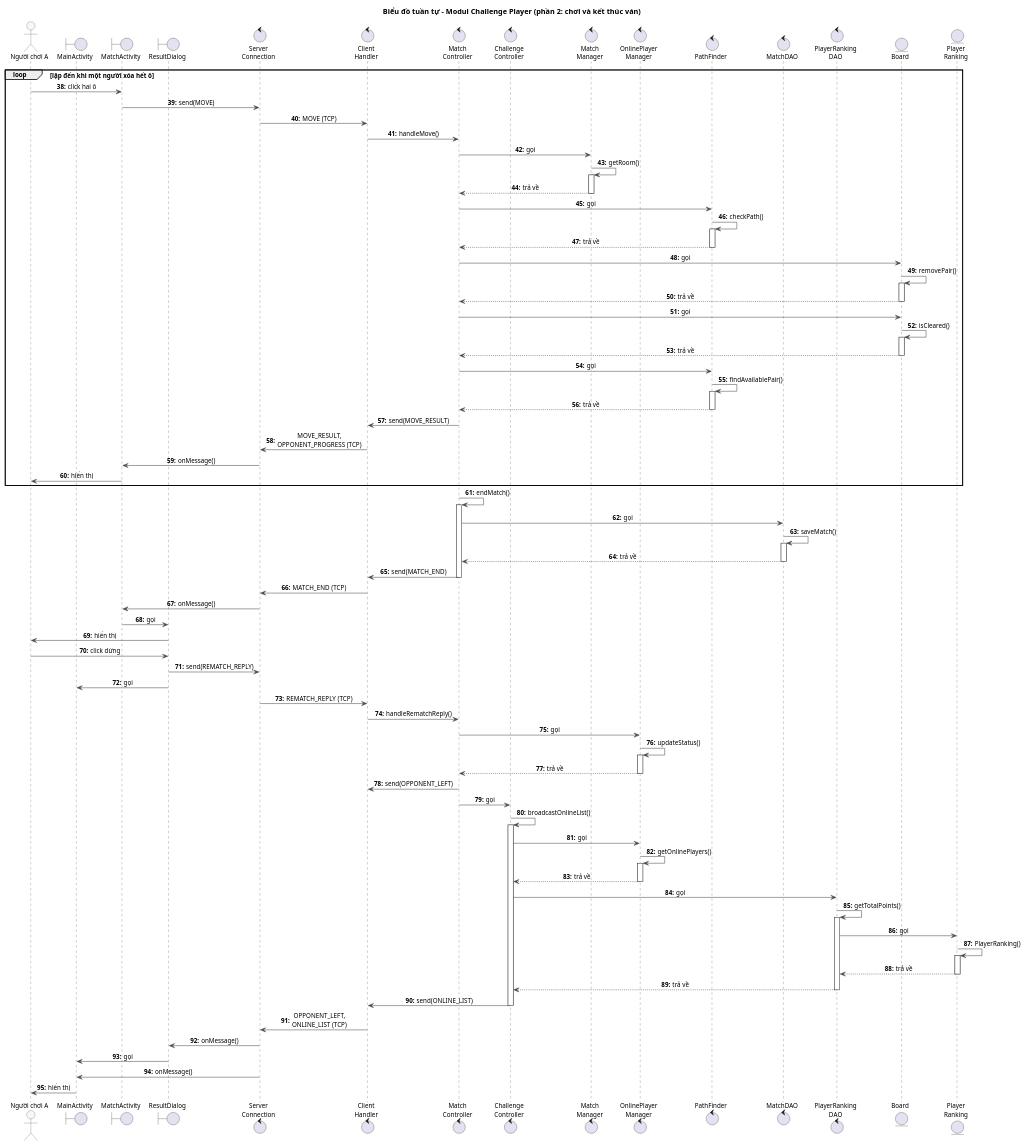
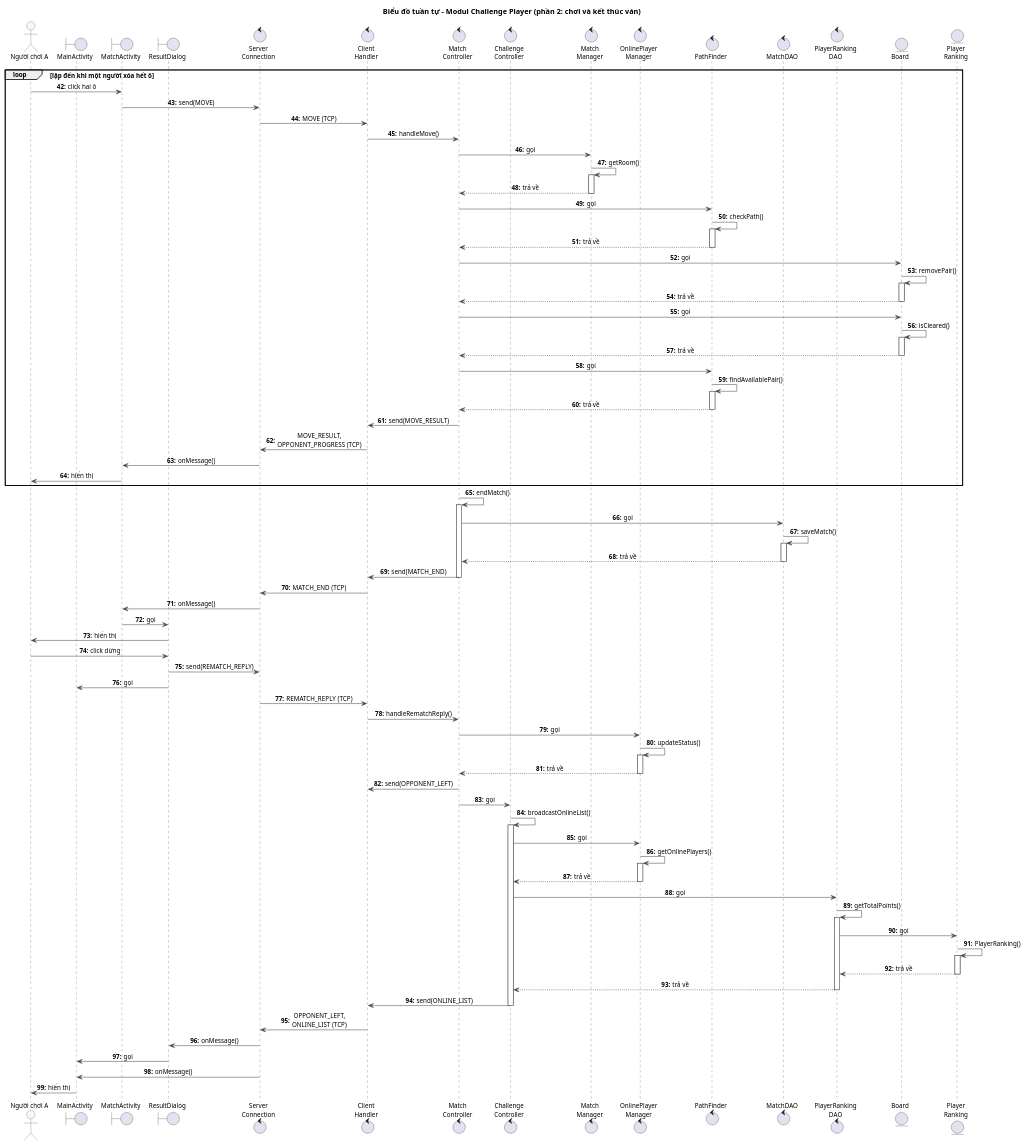
Before and after one commit to VattenL/mobile-pikachu: the diagram in docs/uml/pha3/seq-m3-2.puml, drawn with PlantUML. The commit also changed 25 other files, not shown here.

First line of the commit message:
docs: apply team review on use cases and challenge flow

```diff
--- a/docs/uml/pha3/seq-m3-2.puml
+++ b/docs/uml/pha3/seq-m3-2.puml
@@ -1,119 +1,119 @@
 @startuml seq-m3-2
 title Biểu đồ tuần tự - Modul Challenge Player (phần 2: chơi và kết thúc ván)
 
 skinparam shadowing false
 skinparam defaultFontSize 12
 skinparam sequenceMessageAlign center
 skinparam responseMessageBelowArrow true
 skinparam ArrowColor #4A4A4A
 skinparam sequence {
   LifeLineBorderColor #4A4A4A
   ParticipantBorderColor #4A4A4A
   ParticipantBackgroundColor #F7F7F7
   ActorBorderColor #4A4A4A
   ActorBackgroundColor #F7F7F7
 }
 autonumber "<b>0:"
-autonumber 38 "<b>0:"
+autonumber 42 "<b>0:"
 
 actor "Người chơi A" as A
 boundary MainActivity
 boundary MatchActivity
 boundary ResultDialog
 control "Server\nConnection" as ServerConnection
 control "Client\nHandler" as ClientHandler
 control "Match\nController" as MatchController
 control "Challenge\nController" as ChallengeController
 control "Match\nManager" as MatchManager
 control "OnlinePlayer\nManager" as OnlinePlayerManager
 control PathFinder
 control MatchDAO
 control "PlayerRanking\nDAO" as PlayerRankingDAO
 entity Board
 entity "Player\nRanking" as PlayerRanking
 
 loop lặp đến khi một người xóa hết ô
 A -> MatchActivity : click hai ô
 MatchActivity -> ServerConnection : send(MOVE)
 ServerConnection -> ClientHandler : MOVE (TCP)
 ClientHandler -> MatchController : handleMove()
 MatchController -> MatchManager : gọi
 MatchManager -> MatchManager : getRoom()
 activate MatchManager
 MatchManager --> MatchController : trả về
 deactivate MatchManager
 MatchController -> PathFinder : gọi
 PathFinder -> PathFinder : checkPath()
 activate PathFinder
 PathFinder --> MatchController : trả về
 deactivate PathFinder
 MatchController -> Board : gọi
 Board -> Board : removePair()
 activate Board
 Board --> MatchController : trả về
 deactivate Board
 MatchController -> Board : gọi
 Board -> Board : isCleared()
 activate Board
 Board --> MatchController : trả về
 deactivate Board
 MatchController -> PathFinder : gọi
 PathFinder -> PathFinder : findAvailablePair()
 activate PathFinder
 PathFinder --> MatchController : trả về
 deactivate PathFinder
 MatchController -> ClientHandler : send(MOVE_RESULT)
 ClientHandler -> ServerConnection : MOVE_RESULT,\nOPPONENT_PROGRESS (TCP)
 ServerConnection -> MatchActivity : onMessage()
 MatchActivity -> A : hiển thị
 end
 MatchController -> MatchController : endMatch()
 activate MatchController
 MatchController -> MatchDAO : gọi
 MatchDAO -> MatchDAO : saveMatch()
 activate MatchDAO
 MatchDAO --> MatchController : trả về
 deactivate MatchDAO
 MatchController -> ClientHandler : send(MATCH_END)
 deactivate MatchController
 ClientHandler -> ServerConnection : MATCH_END (TCP)
 ServerConnection -> MatchActivity : onMessage()
 MatchActivity -> ResultDialog : gọi
 ResultDialog -> A : hiển thị
 A -> ResultDialog : click dừng
 ResultDialog -> ServerConnection : send(REMATCH_REPLY)
 ResultDialog -> MainActivity : gọi
 ServerConnection -> ClientHandler : REMATCH_REPLY (TCP)
 ClientHandler -> MatchController : handleRematchReply()
 MatchController -> OnlinePlayerManager : gọi
 OnlinePlayerManager -> OnlinePlayerManager : updateStatus()
 activate OnlinePlayerManager
 OnlinePlayerManager --> MatchController : trả về
 deactivate OnlinePlayerManager
 MatchController -> ClientHandler : send(OPPONENT_LEFT)
 MatchController -> ChallengeController : gọi
 ChallengeController -> ChallengeController : broadcastOnlineList()
 activate ChallengeController
 ChallengeController -> OnlinePlayerManager : gọi
 OnlinePlayerManager -> OnlinePlayerManager : getOnlinePlayers()
 activate OnlinePlayerManager
 OnlinePlayerManager --> ChallengeController : trả về
 deactivate OnlinePlayerManager
 ChallengeController -> PlayerRankingDAO : gọi
 PlayerRankingDAO -> PlayerRankingDAO : getTotalPoints()
 activate PlayerRankingDAO
 PlayerRankingDAO -> PlayerRanking : gọi
 PlayerRanking -> PlayerRanking : PlayerRanking()
 activate PlayerRanking
 PlayerRanking --> PlayerRankingDAO : trả về
 deactivate PlayerRanking
 PlayerRankingDAO --> ChallengeController : trả về
 deactivate PlayerRankingDAO
 ChallengeController -> ClientHandler : send(ONLINE_LIST)
 deactivate ChallengeController
 ClientHandler -> ServerConnection : OPPONENT_LEFT,\nONLINE_LIST (TCP)
 ServerConnection -> ResultDialog : onMessage()
 ResultDialog -> MainActivity : gọi
 ServerConnection -> MainActivity : onMessage()
 MainActivity -> A : hiển thị
 @enduml
```
